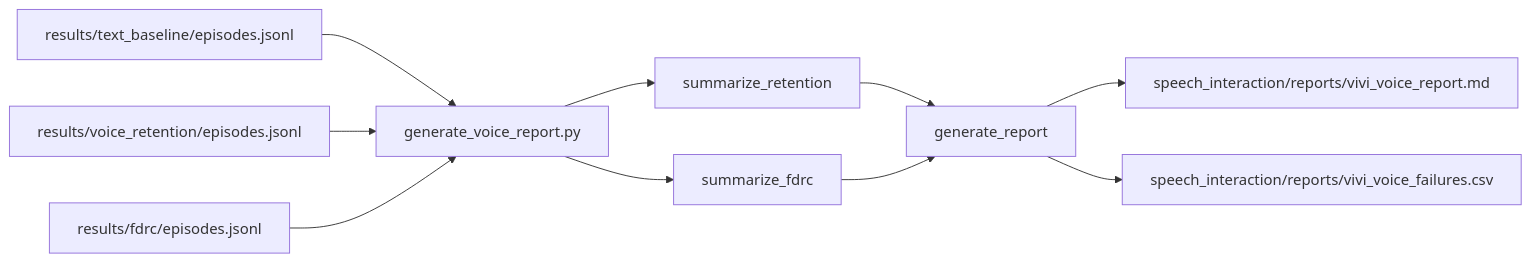
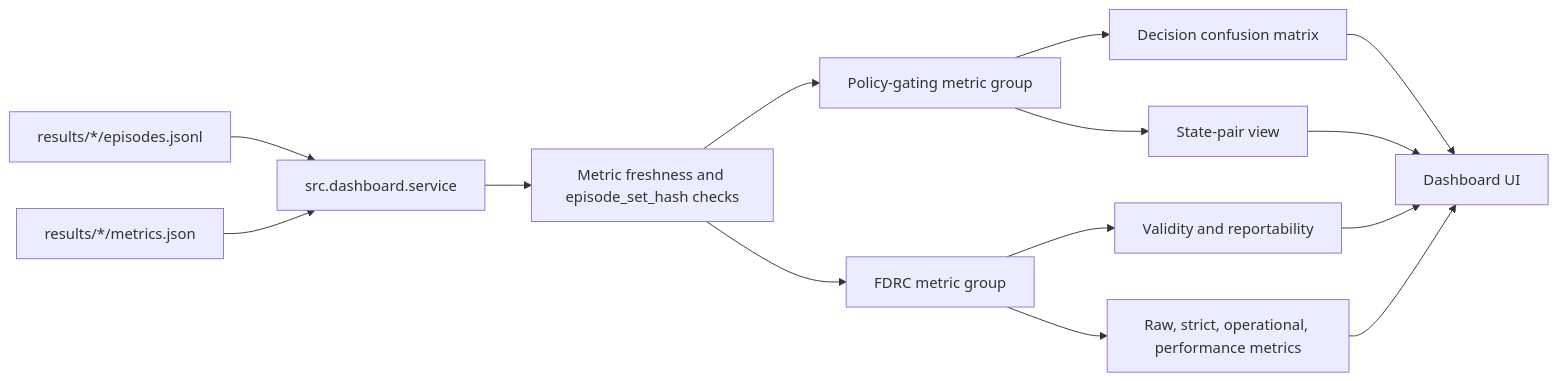
One commit to VInteractiveBench/voice-bench changed the seventh of 7 diagrams in docs/FLOW.md. Above: the diagram before and after it, drawn with Mermaid. The commit also changed other lines of this file, not shown here.

Commit message:
Update benchmark flow documentation

````diff
--- a/docs/FLOW.md
+++ b/docs/FLOW.md
@@ -278,13 +307,16 @@
 ```mermaid
 flowchart LR
-    A[results/text_baseline/episodes.jsonl] --> D[generate_voice_report.py]
-    B[results/voice_retention/episodes.jsonl] --> D
-    C[results/fdrc/episodes.jsonl] --> D
-
-    D --> E[summarize_retention]
-    D --> F[summarize_fdrc]
-    E --> G[generate_report]
-    F --> G
-    G --> H[speech_interaction/reports/vivi_voice_report.md]
-    G --> I[speech_interaction/reports/vivi_voice_failures.csv]
+    A[results/*/episodes.jsonl] --> C[src.dashboard.service]
+    B[results/*/metrics.json] --> C
+    C --> D[Metric freshness and episode_set_hash checks]
+    D --> E[Policy-gating metric group]
+    D --> F[FDRC metric group]
+    E --> G[Decision confusion matrix]
+    E --> H[State-pair view]
+    F --> I[Validity and reportability]
+    F --> J[Raw, strict, operational, performance metrics]
+    G --> K[Dashboard UI]
+    H --> K
+    I --> K
+    J --> K
 ```
````
